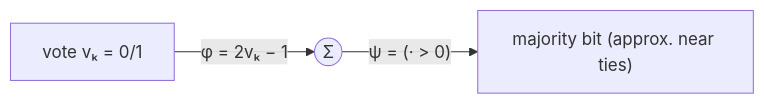
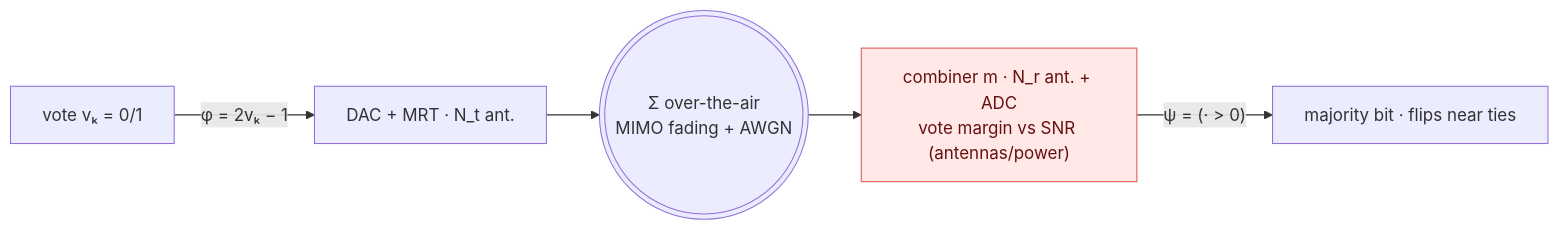
Before and after one commit to wincle626/OverAirCompute: the ninth of 13 diagrams in README.md, drawn with Mermaid. The commit also changed other lines of this file, not shown here.

````diff
--- a/README.md
+++ b/README.md
@@ -296,4 +334,9 @@
 ```mermaid
 flowchart LR
-    a["vote vₖ = 0/1"] -->|"φ = 2vₖ − 1"| S(("Σ")) -->|"ψ = (· > 0)"| r["majority bit (approx. near ties)"]
+    s["vote vₖ = 0/1"] -->|"φ = 2vₖ − 1"| tx["DAC + MRT · N_t ant."]
+    tx --> air((("Σ over-the-air<br/>MIMO fading + AWGN")))
+    air --> rx["combiner m · N_r ant. + ADC<br/>vote margin vs SNR (antennas/power)"]
+    rx -->|"ψ = (· > 0)"| r["majority bit  ·  flips near ties"]
+    classDef hot fill:#ffe8e6,stroke:#E15759,color:#611;
+    class rx hot;
 ```
````
